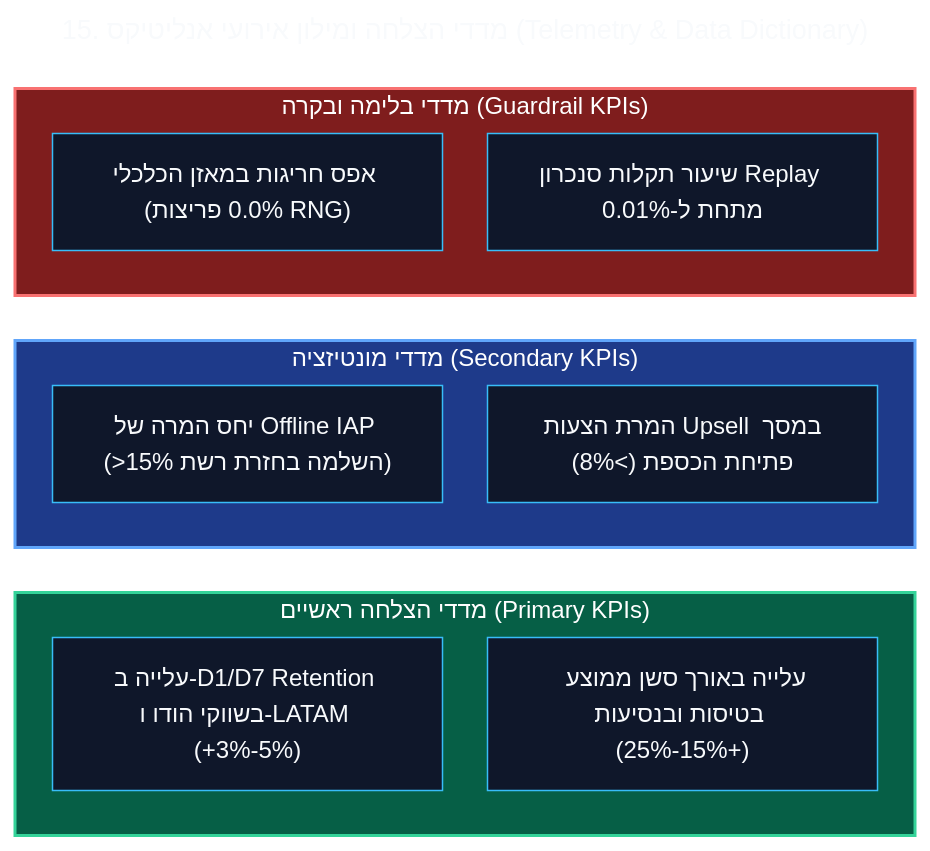
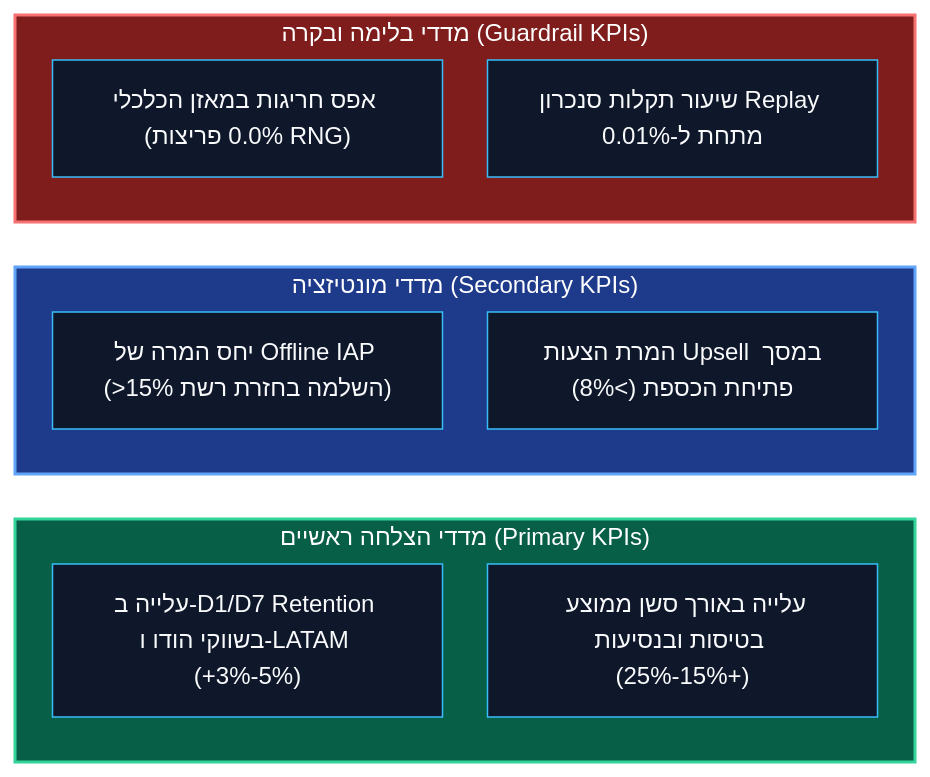
Before and after one commit to Yuvalalex/MOON-ACTIVE-MUNI-SPINE: the diagram in prd_final_v5_CEO_chapters/15 - מדדי הצלחה ומילון אירועי אנליטיקס (Telemetry & Data Dictionary).md, drawn with Mermaid. The commit also changed 16 other files, not shown here.

Commit message:
docs: fix mermaid blocks in PRD docs

````diff
--- a/prd_final_v5_CEO_chapters/15 - מדדי הצלחה ומילון אירועי אנליטיקס (Telemetry & Data Dictionary).md
+++ b/prd_final_v5_CEO_chapters/15 - מדדי הצלחה ומילון אירועי אנליטיקס (Telemetry & Data Dictionary).md
@@ -11,47 +11,44 @@
 ```mermaid
----
-title: 15. מדדי הצלחה ומילון אירועי אנליטיקס (Telemetry & Data Dictionary)
----
 %%{init: {
   "theme": "base",
   "themeVariables": {
     "fontFamily": "Segoe UI, Assistant, sans-serif",
     "fontSize": "16px",
     "primaryColor": "#0f172a",
     "primaryTextColor": "#f8fafc",
     "primaryBorderColor": "#38bdf8",
     "lineColor": "#38bdf8",
     "secondaryColor": "#1e293b",
     "tertiaryColor": "#1e293b",
     "edgeLabelBackground": "#0f172a",
     "nodeBorder": "#38bdf8",
     "clusterBkg": "#0b1120",
     "clusterBorder": "#38bdf8"
   },
   "flowchart": { "curve": "basis", "nodeSpacing": 30, "rankSpacing": 35, "padding": 15 },
   "sequence": { "actorMargin": 30, "messageMargin": 30 },
   "state": { "nodeSpacing": 30, "rankSpacing": 35, "titleTopMargin": 15 }
 }}%%
 graph LR
     subgraph Primary["מדדי הצלחה ראשיים (Primary KPIs)"]
         direction TB
         P1["עלייה ב-D1/D7 Retention בשווקי הודו ו-LATAM (+3%-5%)"]
         P2["עלייה באורך סשן ממוצע בטיסות ובנסיעות (+15%-25%)"]
     end
     
     subgraph Secondary["מדדי מונטיזציה (Secondary KPIs)"]
         direction TB
         S1["יחס המרה של Offline IAP (>15% השלמה בחזרת רשת)"]
         S2["המרת הצעות Upsell במסך פתיחת הכספת (>8%)"]
     end
 
     subgraph Guardrails["מדדי בלימה ובקרה (Guardrail KPIs)"]
         direction TB
         G1["אפס חריגות במאזן הכלכלי (0.0% פריצות RNG)"]
         G2["שיעור תקלות סנכרון Replay מתחת ל-0.01%"]
     end
 
     style Primary fill:#065f46,stroke:#34d399,stroke-width:2px,color:#fff
     style Secondary fill:#1e3a8a,stroke:#60a5fa,stroke-width:2px,color:#fff
     style Guardrails fill:#7f1d1d,stroke:#f87171,stroke-width:2px,color:#fff
 ```
````
